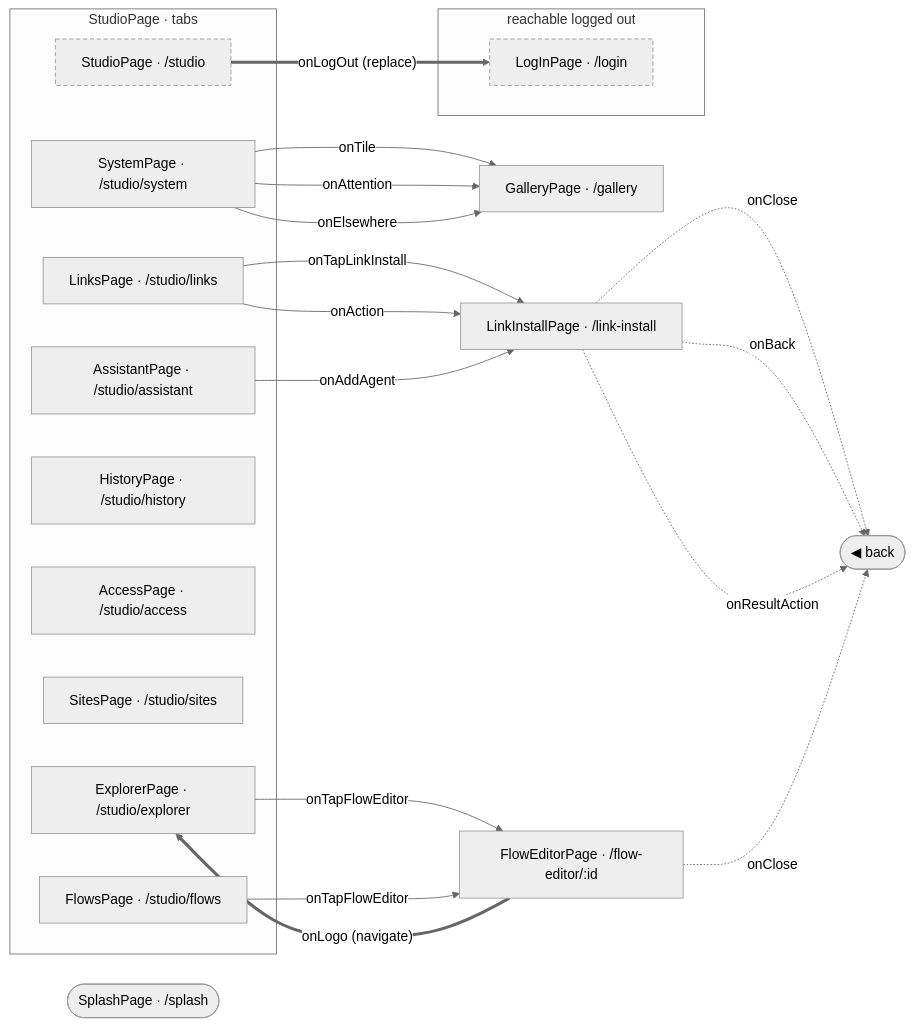
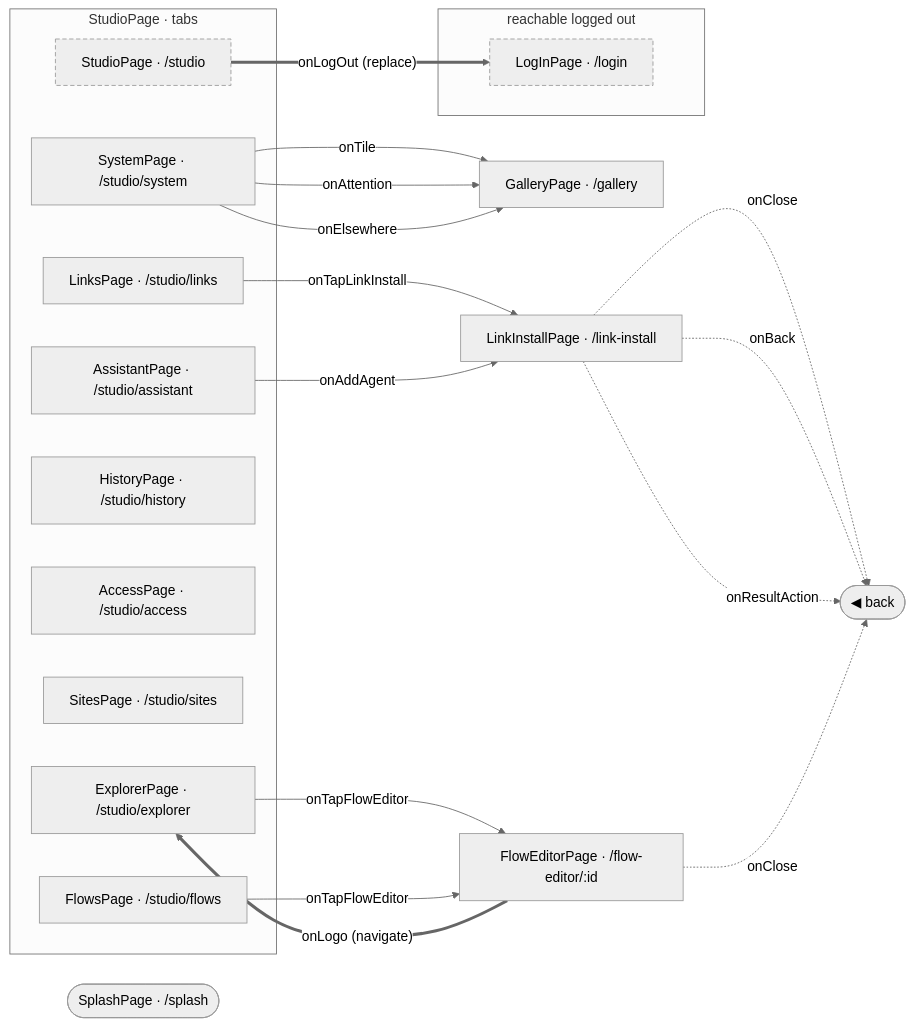
The diagram in studio/docs/flows/README.md (gencto/wyrm), drawn with Mermaid (neutral theme) before and after one commit. The commit also changed other lines of this file and 131 other files, not shown here.

````diff
--- a/studio/docs/flows/README.md
+++ b/studio/docs/flows/README.md
@@ -7,40 +7,39 @@
 ```mermaid
 flowchart LR
     subgraph frxPublic["reachable logged out"]
         logIn["LogInPage · /login"]
     end
     splash(["SplashPage · /splash"])
     gallery["GalleryPage · /gallery"]
     subgraph frxTabs_studio["StudioPage · tabs"]
         studio["StudioPage · /studio"]
         explorer["ExplorerPage · /studio/explorer"]
         links["LinksPage · /studio/links"]
         flows["FlowsPage · /studio/flows"]
         history["HistoryPage · /studio/history"]
         access["AccessPage · /studio/access"]
         sites["SitesPage · /studio/sites"]
         assistant["AssistantPage · /studio/assistant"]
         system["SystemPage · /studio/system"]
     end
     linkInstall["LinkInstallPage · /link-install"]
     flowEditor["FlowEditorPage · /flow-editor/:id"]
     frxBack(["◀ back"])
 
     studio ==>|"onLogOut (replace)"| logIn
     explorer -->|"onTapFlowEditor"| flowEditor
     links -->|"onTapLinkInstall"| linkInstall
-    links -->|"onAction"| linkInstall
     flows -->|"onTapFlowEditor"| flowEditor
     assistant -->|"onAddAgent"| linkInstall
     system -->|"onTile"| gallery
     system -->|"onAttention"| gallery
     system -->|"onElsewhere"| gallery
     linkInstall -.->|"onClose"| frxBack
     linkInstall -.->|"onBack"| frxBack
     linkInstall -.->|"onResultAction"| frxBack
     flowEditor -.->|"onClose"| frxBack
     flowEditor ==>|"onLogo (navigate)"| explorer
 
     classDef frxEntry stroke-dasharray: 5 3
     class logIn,studio frxEntry
 ```
````
